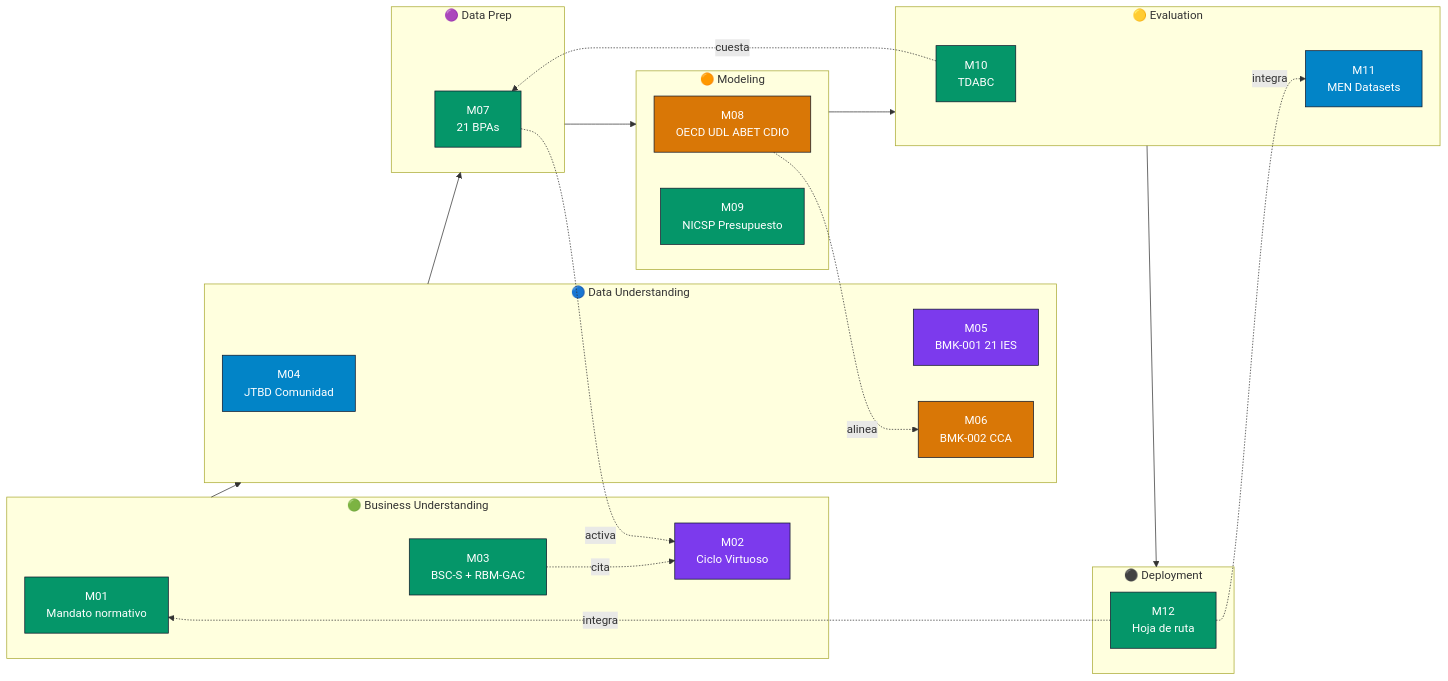
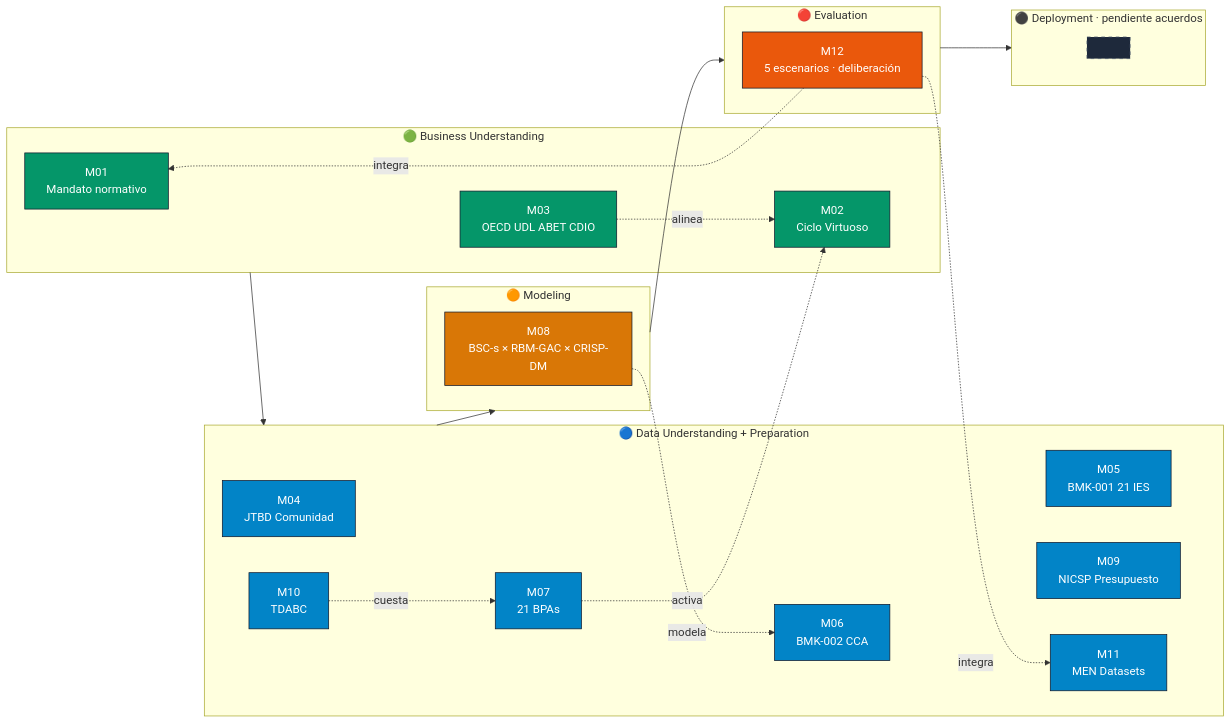
One commit to ccolombia-ui/reforma-ud changed the diagram in apps/portal-next/content/canonico/dash-canonico.md. Above: the diagram before and after it, drawn with Mermaid. The commit also changed other lines of this file and 7 other files, not shown here.

````diff
--- a/apps/portal-next/content/canonico/dash-canonico.md
+++ b/apps/portal-next/content/canonico/dash-canonico.md
@@ -18,46 +18,46 @@
 ```mermaid
 flowchart LR
     subgraph BU ["🟢 Business Understanding"]
         M01[M01<br/>Mandato normativo]
         M02[M02<br/>Ciclo Virtuoso]
-        M03[M03<br/>BSC-S + RBM-GAC]
+        M03[M03<br/>OECD UDL ABET CDIO]
     end
-    subgraph DU ["🔵 Data Understanding"]
+    subgraph DU ["🔵 Data Understanding + Preparation"]
         M04[M04<br/>JTBD Comunidad]
         M05[M05<br/>BMK-001 21 IES]
         M06[M06<br/>BMK-002 CCA]
-    end
-    subgraph DP ["🟣 Data Prep"]
         M07[M07<br/>21 BPAs]
-    end
-    subgraph MO ["🟠 Modeling"]
-        M08[M08<br/>OECD UDL ABET CDIO]
         M09[M09<br/>NICSP Presupuesto]
-    end
-    subgraph EV ["🟡 Evaluation"]
         M10[M10<br/>TDABC]
         M11[M11<br/>MEN Datasets]
     end
-    subgraph DE ["⚫ Deployment"]
-        M12[M12<br/>Hoja de ruta]
+    subgraph MO ["🟠 Modeling"]
+        M08[M08<br/>BSC-s × RBM-GAC × CRISP-DM]
     end
-    BU --> DU --> DP --> MO --> EV --> DE
-    M03 -.cita.-> M02
+    subgraph EV ["🔴 Evaluation"]
+        M12[M12<br/>5 escenarios · deliberación]
+    end
+    subgraph DE ["⚫ Deployment · pendiente acuerdos"]
+        EMPTY[ ]
+    end
+    BU --> DU --> MO --> EV --> DE
+    M03 -.alinea.-> M02
     M07 -.activa.-> M02
-    M08 -.alinea.-> M06
+    M08 -.modela.-> M06
     M10 -.cuesta.-> M07
     M12 -.integra.-> M01
     M12 -.integra.-> M11
     style M01 fill:#059669,stroke:#0f172a,color:#fff
-    style M02 fill:#7c3aed,stroke:#0f172a,color:#fff
+    style M02 fill:#059669,stroke:#0f172a,color:#fff
     style M03 fill:#059669,stroke:#0f172a,color:#fff
     style M04 fill:#0284c7,stroke:#0f172a,color:#fff
-    style M05 fill:#7c3aed,stroke:#0f172a,color:#fff
-    style M06 fill:#d97706,stroke:#0f172a,color:#fff
-    style M07 fill:#059669,stroke:#0f172a,color:#fff
+    style M05 fill:#0284c7,stroke:#0f172a,color:#fff
+    style M06 fill:#0284c7,stroke:#0f172a,color:#fff
+    style M07 fill:#0284c7,stroke:#0f172a,color:#fff
+    style M09 fill:#0284c7,stroke:#0f172a,color:#fff
+    style M10 fill:#0284c7,stroke:#0f172a,color:#fff
+    style M11 fill:#0284c7,stroke:#0f172a,color:#fff
     style M08 fill:#d97706,stroke:#0f172a,color:#fff
-    style M09 fill:#059669,stroke:#0f172a,color:#fff
-    style M10 fill:#059669,stroke:#0f172a,color:#fff
-    style M11 fill:#0284c7,stroke:#0f172a,color:#fff
-    style M12 fill:#059669,stroke:#0f172a,color:#fff
+    style M12 fill:#ea580c,stroke:#0f172a,color:#fff
+    style EMPTY fill:#1e293b,stroke:#475569,color:#94a3b8,stroke-dasharray: 5 5
 ```
````
